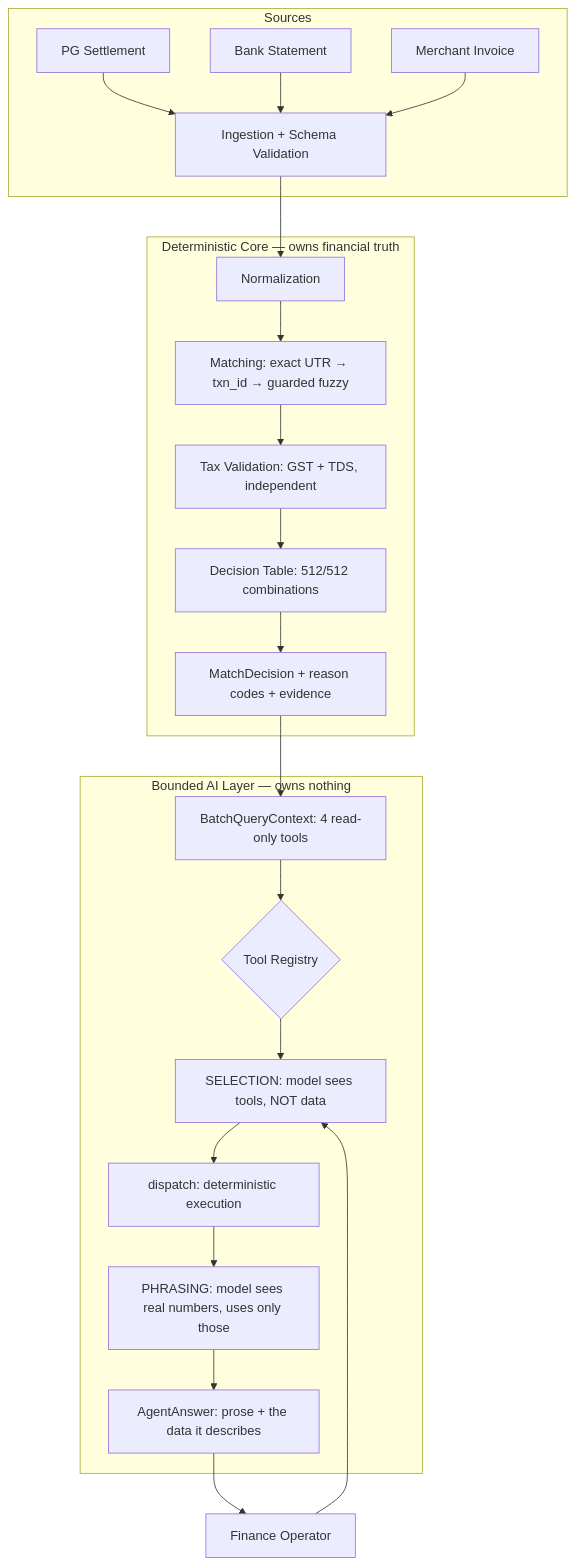
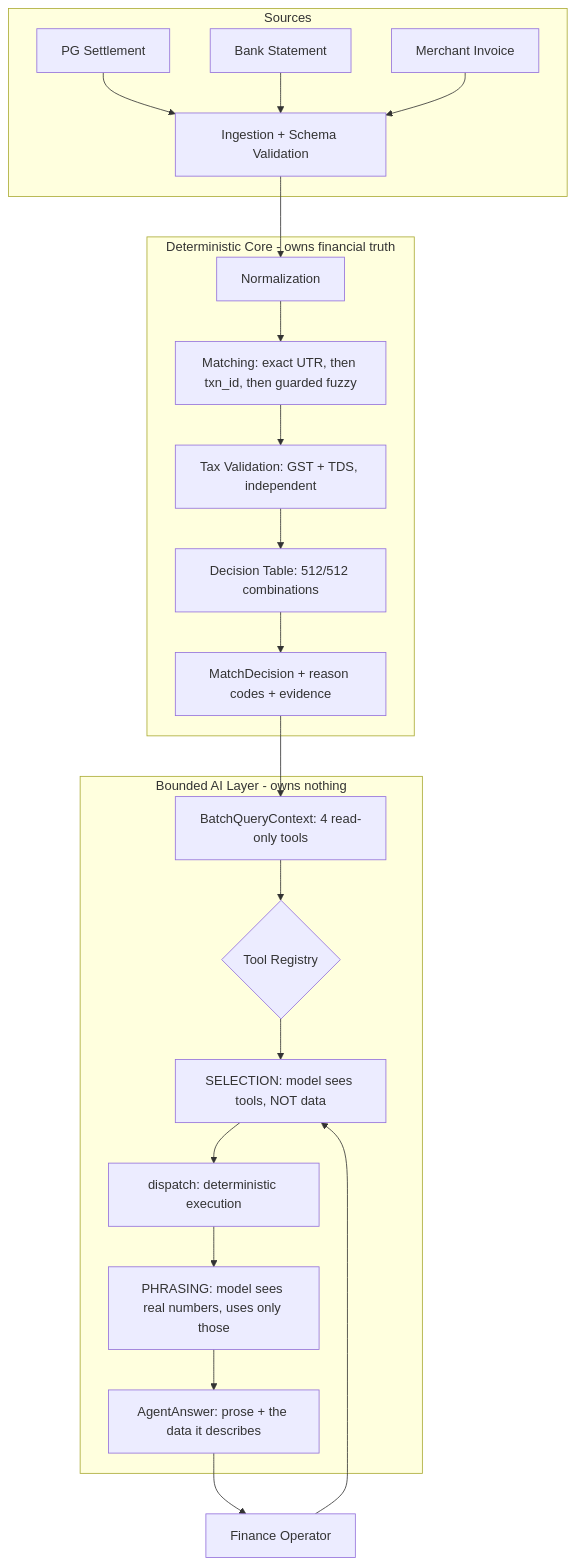
The diagram in README.md (SuryaSK-dev/razorpay-ai-finance-controller), drawn with Mermaid before and after one commit. The commit also changed other lines of this file and 1 other file, not shown here.

````diff
--- a/README.md
+++ b/README.md
@@ -38,28 +38,28 @@
 ```mermaid
 graph TB
     subgraph Sources
         A1[PG Settlement] --> B1
         A2[Bank Statement] --> B1
         A3[Merchant Invoice] --> B1
     end
 
-    subgraph Deterministic["Deterministic Core — owns financial truth"]
+    subgraph Deterministic["Deterministic Core - owns financial truth"]
         B1[Ingestion + Schema Validation] --> B2[Normalization]
-        B2 --> B3[Matching: exact UTR → txn_id → guarded fuzzy]
+        B2 --> B3[Matching: exact UTR, then txn_id, then guarded fuzzy]
         B3 --> B4[Tax Validation: GST + TDS, independent]
         B4 --> B5[Decision Table: 512/512 combinations]
         B5 --> B6[MatchDecision + reason codes + evidence]
     end
 
-    subgraph Agent["Bounded AI Layer — owns nothing"]
+    subgraph Agent["Bounded AI Layer - owns nothing"]
         B6 --> C1[BatchQueryContext: 4 read-only tools]
         C1 --> C2{Tool Registry}
         C2 --> C3[SELECTION: model sees tools, NOT data]
         C3 --> C4[dispatch: deterministic execution]
         C4 --> C5[PHRASING: model sees real numbers, uses only those]
         C5 --> C6[AgentAnswer: prose + the data it describes]
     end
 
     D1[Finance Operator] --> C3
     C6 --> D1
 ```
````
